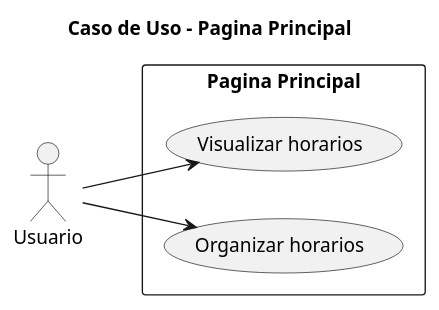
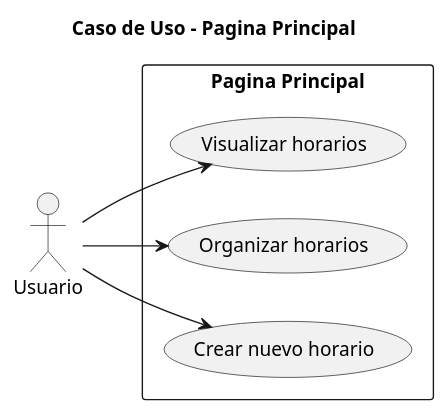
Before and after one commit to mmasias/23-24-IdSw1-SDR: the diagram in Casos de Uso/Caso de uso Pagina Principal.puml, drawn with PlantUML. The commit also changed 5 other files, not shown here.

Commit message:
Añadiendo al uml

```diff
--- a/Casos de Uso/Caso de uso Pagina Principal.puml
+++ b/Casos de Uso/Caso de uso Pagina Principal.puml
@@ -1,14 +1,16 @@
 @startuml
 title Caso de Uso - Pagina Principal
 
 left to right direction
 actor Usuario as cust
 
 rectangle "Pagina Principal" {
     usecase "Visualizar horarios" as OP1
     usecase "Organizar horarios" as OP2
+usecase "Crear nuevo horario" as OP3
 }
 
 cust --> OP1
 cust --> OP2
+cust -->OP3
 @enduml
```
